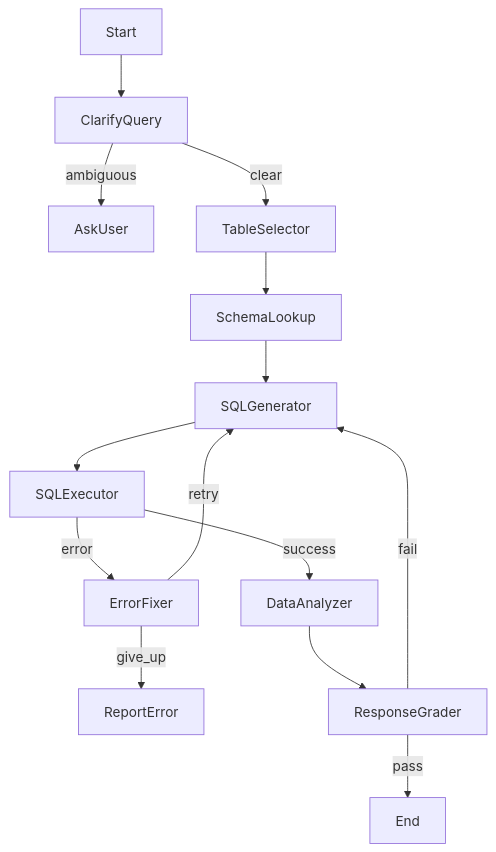
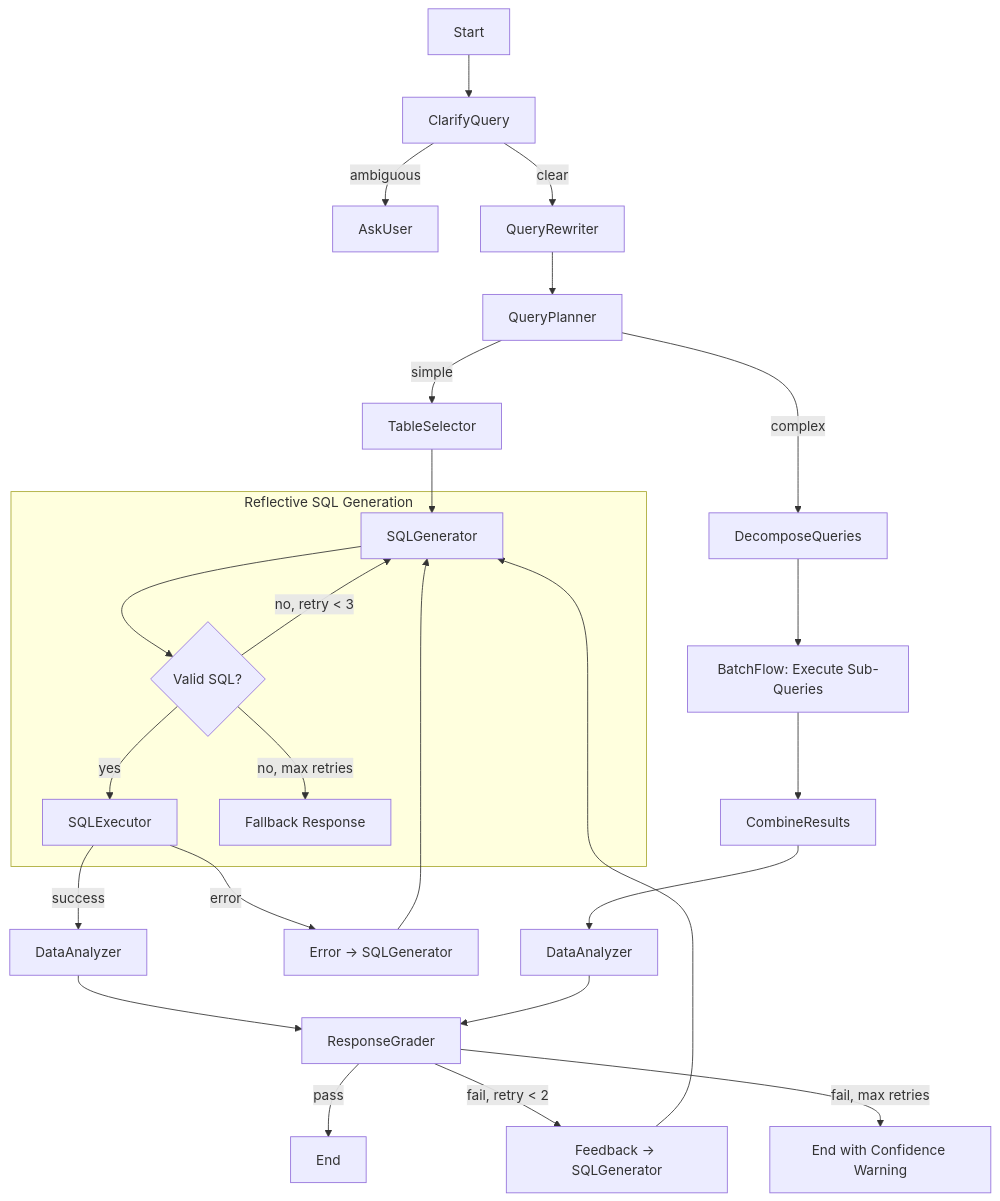
Before and after one commit to nickth3man/CSV_analyzer: the first of 2 diagrams in docs/design.md, drawn with Mermaid. The commit also changed other lines of this file, not shown here.

First line of the commit message:
docs: expand and refine NBA Data Analyst Agent design specification

````diff
--- a/docs/design.md
+++ b/docs/design.md
@@ -52,20 +124,38 @@
 ```mermaid
 flowchart TD
     start[Start] --> clarify[ClarifyQuery]
+    
     clarify -->|ambiguous| askUser[AskUser]
-    clarify -->|clear| selector[TableSelector]
-
-    selector --> schema[SchemaLookup]
-    schema --> sqlGen[SQLGenerator]
-    sqlGen --> sqlExec[SQLExecutor]
-
-    sqlExec -->|error| fixer[ErrorFixer]
-    fixer -->|retry| sqlGen
-    fixer -->|give_up| fail[ReportError]
-
+    clarify -->|clear| rewriter[QueryRewriter]
+    
+    rewriter --> planner[QueryPlanner]
+    
+    planner -->|simple| selector[TableSelector]
+    planner -->|complex| decompose[DecomposeQueries]
+    
+    decompose --> batchFlow[BatchFlow: Execute Sub-Queries]
+    batchFlow --> combiner[CombineResults]
+    combiner --> finalAnalyzer[DataAnalyzer]
+    
+    selector --> sqlGen[SQLGenerator]
+    
+    subgraph reflection[Reflective SQL Generation]
+        sqlGen --> validate{Valid SQL?}
+        validate -->|no, retry < 3| sqlGen
+        validate -->|yes| sqlExec[SQLExecutor]
+        validate -->|no, max retries| fallback[Fallback Response]
+    end
+    
+    sqlExec -->|error| errorFeedback[Error → SQLGenerator]
+    errorFeedback --> sqlGen
+    
     sqlExec -->|success| analyzer[DataAnalyzer]
     analyzer --> grader[ResponseGrader]
-
+    
     grader -->|pass| endNode[End]
-    grader -->|fail| sqlGen
+    grader -->|fail, retry < 2| graderFeedback[Feedback → SQLGenerator]
+    graderFeedback --> sqlGen
+    grader -->|fail, max retries| endWithWarning[End with Confidence Warning]
+    
+    finalAnalyzer --> grader
 ```
````
